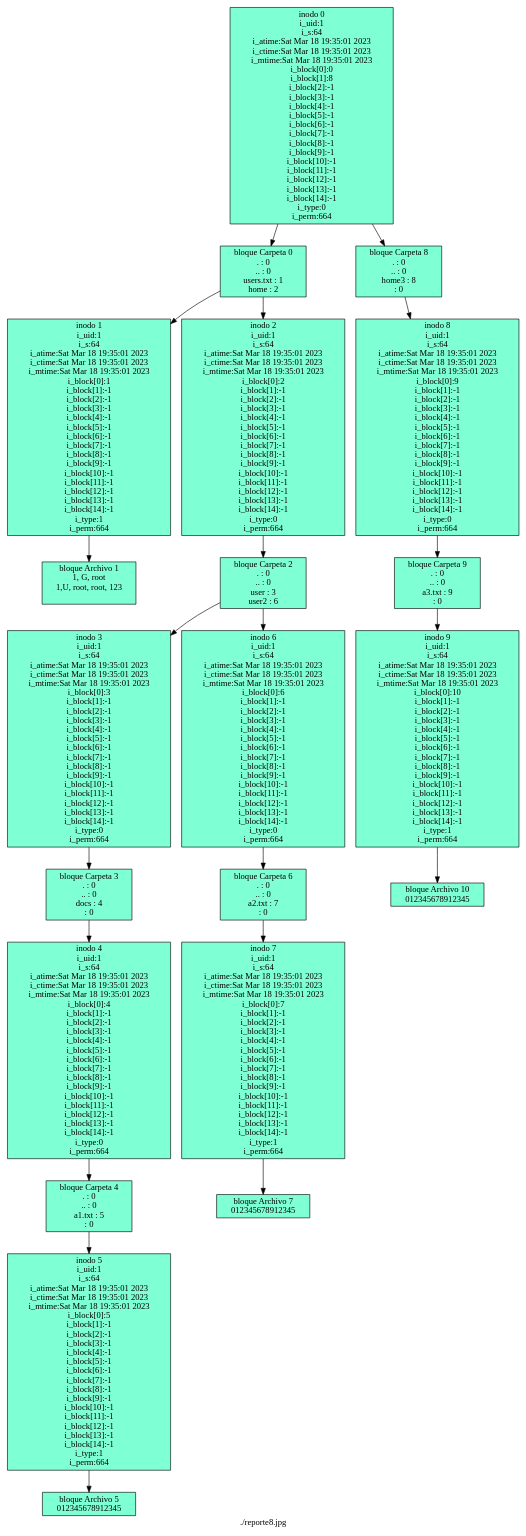
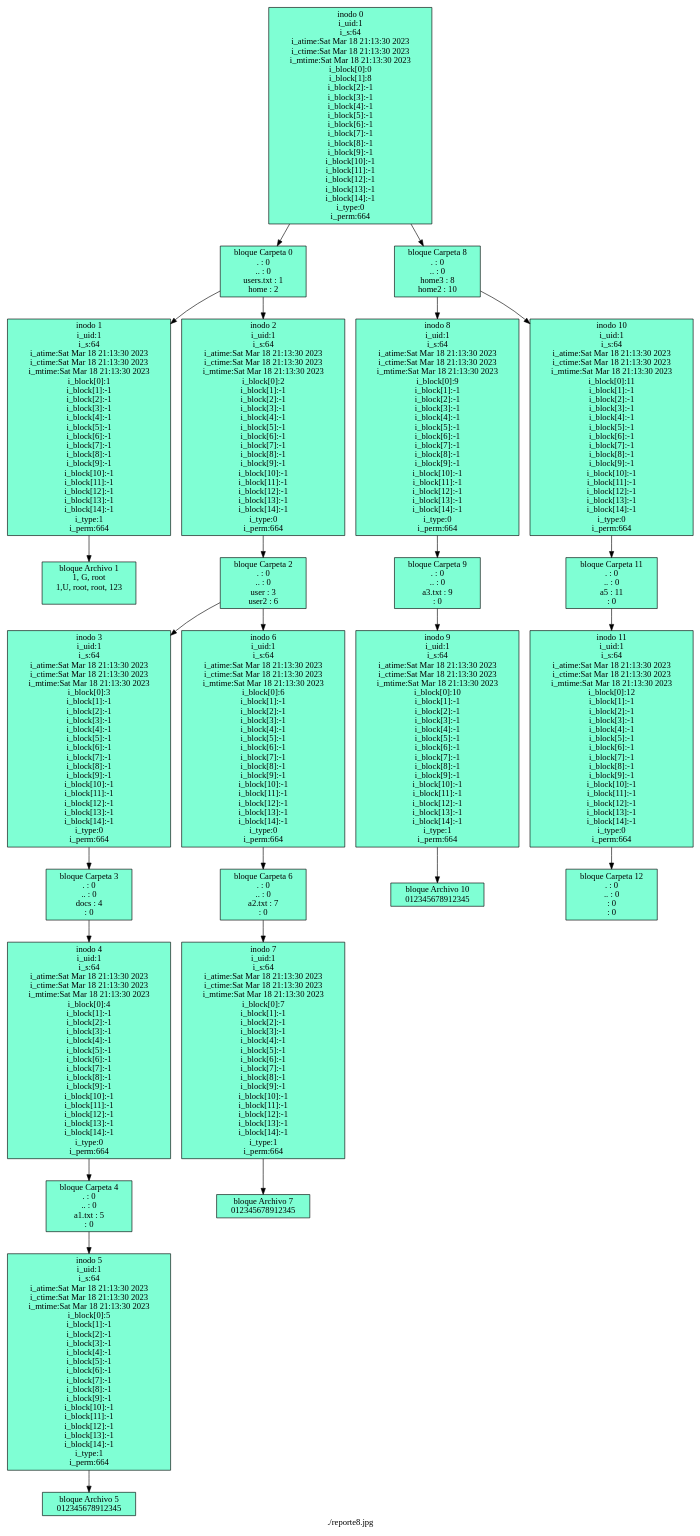
The diagram in Reportree.dot (JoseMore99/-MIA-Proyecto1_201701015), drawn with Graphviz before and after one commit. The commit also changed 20 other files, not shown here.

```diff
--- a/Reportree.dot
+++ b/Reportree.dot
@@ -1,87 +1,103 @@
 digraph G {
  label="./reporte8.jpg"
 node [shape=box fillcolor="aquamarine" style="filled"]
-nodeI0[label="inodo 0\ni_uid:1\ni_s:64\ni_atime:Sat Mar 18 19:35:01 2023
-i_ctime:Sat Mar 18 19:35:01 2023
-i_mtime:Sat Mar 18 19:35:01 2023
+nodeI0[label="inodo 0\ni_uid:1\ni_s:64\ni_atime:Sat Mar 18 21:13:30 2023
+i_ctime:Sat Mar 18 21:13:30 2023
+i_mtime:Sat Mar 18 21:13:30 2023
 i_block[0]:0\ni_block[1]:8\ni_block[2]:-1\ni_block[3]:-1\ni_block[4]:-1\ni_block[5]:-1\ni_block[6]:-1\ni_block[7]:-1\ni_block[8]:-1\ni_block[9]:-1\ni_block[10]:-1\ni_block[11]:-1\ni_block[12]:-1\ni_block[13]:-1\ni_block[14]:-1\ni_type:0\ni_perm:664"];
 nodeI0-> nodeB0
 nodeI0-> nodeB8
 nodeB0[label="bloque Carpeta 0\n. : 0\n.. : 0\nusers.txt : 1\nhome : 2\n"];
 nodeB0-> nodeI1;
 nodeB0-> nodeI2;
-nodeB8[label="bloque Carpeta 8\n. : 0\n.. : 0\nhome3 : 8\n : 0\n"];
+nodeB8[label="bloque Carpeta 8\n. : 0\n.. : 0\nhome3 : 8\nhome2 : 10\n"];
 nodeB8-> nodeI8;
+nodeB8-> nodeI10;
 
-nodeI1[label="inodo 1\ni_uid:1\ni_s:64\ni_atime:Sat Mar 18 19:35:01 2023
-i_ctime:Sat Mar 18 19:35:01 2023
-i_mtime:Sat Mar 18 19:35:01 2023
+nodeI1[label="inodo 1\ni_uid:1\ni_s:64\ni_atime:Sat Mar 18 21:13:30 2023
+i_ctime:Sat Mar 18 21:13:30 2023
+i_mtime:Sat Mar 18 21:13:30 2023
 i_block[0]:1\ni_block[1]:-1\ni_block[2]:-1\ni_block[3]:-1\ni_block[4]:-1\ni_block[5]:-1\ni_block[6]:-1\ni_block[7]:-1\ni_block[8]:-1\ni_block[9]:-1\ni_block[10]:-1\ni_block[11]:-1\ni_block[12]:-1\ni_block[13]:-1\ni_block[14]:-1\ni_type:1\ni_perm:664"];
 nodeI1-> nodeB1
 nodeB1[label="bloque Archivo 1\n1, G, root
 1,U, root, root, 123
 \n"];
 
-nodeI2[label="inodo 2\ni_uid:1\ni_s:64\ni_atime:Sat Mar 18 19:35:01 2023
-i_ctime:Sat Mar 18 19:35:01 2023
-i_mtime:Sat Mar 18 19:35:01 2023
+nodeI2[label="inodo 2\ni_uid:1\ni_s:64\ni_atime:Sat Mar 18 21:13:30 2023
+i_ctime:Sat Mar 18 21:13:30 2023
+i_mtime:Sat Mar 18 21:13:30 2023
 i_block[0]:2\ni_block[1]:-1\ni_block[2]:-1\ni_block[3]:-1\ni_block[4]:-1\ni_block[5]:-1\ni_block[6]:-1\ni_block[7]:-1\ni_block[8]:-1\ni_block[9]:-1\ni_block[10]:-1\ni_block[11]:-1\ni_block[12]:-1\ni_block[13]:-1\ni_block[14]:-1\ni_type:0\ni_perm:664"];
 nodeI2-> nodeB2
 nodeB2[label="bloque Carpeta 2\n. : 0\n.. : 0\nuser : 3\nuser2 : 6\n"];
 nodeB2-> nodeI3;
 nodeB2-> nodeI6;
 
-nodeI3[label="inodo 3\ni_uid:1\ni_s:64\ni_atime:Sat Mar 18 19:35:01 2023
-i_ctime:Sat Mar 18 19:35:01 2023
-i_mtime:Sat Mar 18 19:35:01 2023
+nodeI3[label="inodo 3\ni_uid:1\ni_s:64\ni_atime:Sat Mar 18 21:13:30 2023
+i_ctime:Sat Mar 18 21:13:30 2023
+i_mtime:Sat Mar 18 21:13:30 2023
 i_block[0]:3\ni_block[1]:-1\ni_block[2]:-1\ni_block[3]:-1\ni_block[4]:-1\ni_block[5]:-1\ni_block[6]:-1\ni_block[7]:-1\ni_block[8]:-1\ni_block[9]:-1\ni_block[10]:-1\ni_block[11]:-1\ni_block[12]:-1\ni_block[13]:-1\ni_block[14]:-1\ni_type:0\ni_perm:664"];
 nodeI3-> nodeB3
 nodeB3[label="bloque Carpeta 3\n. : 0\n.. : 0\ndocs : 4\n : 0\n"];
 nodeB3-> nodeI4;
 
-nodeI4[label="inodo 4\ni_uid:1\ni_s:64\ni_atime:Sat Mar 18 19:35:01 2023
-i_ctime:Sat Mar 18 19:35:01 2023
-i_mtime:Sat Mar 18 19:35:01 2023
+nodeI4[label="inodo 4\ni_uid:1\ni_s:64\ni_atime:Sat Mar 18 21:13:30 2023
+i_ctime:Sat Mar 18 21:13:30 2023
+i_mtime:Sat Mar 18 21:13:30 2023
 i_block[0]:4\ni_block[1]:-1\ni_block[2]:-1\ni_block[3]:-1\ni_block[4]:-1\ni_block[5]:-1\ni_block[6]:-1\ni_block[7]:-1\ni_block[8]:-1\ni_block[9]:-1\ni_block[10]:-1\ni_block[11]:-1\ni_block[12]:-1\ni_block[13]:-1\ni_block[14]:-1\ni_type:0\ni_perm:664"];
 nodeI4-> nodeB4
 nodeB4[label="bloque Carpeta 4\n. : 0\n.. : 0\na1.txt : 5\n : 0\n"];
 nodeB4-> nodeI5;
 
-nodeI5[label="inodo 5\ni_uid:1\ni_s:64\ni_atime:Sat Mar 18 19:35:01 2023
-i_ctime:Sat Mar 18 19:35:01 2023
-i_mtime:Sat Mar 18 19:35:01 2023
+nodeI5[label="inodo 5\ni_uid:1\ni_s:64\ni_atime:Sat Mar 18 21:13:30 2023
+i_ctime:Sat Mar 18 21:13:30 2023
+i_mtime:Sat Mar 18 21:13:30 2023
 i_block[0]:5\ni_block[1]:-1\ni_block[2]:-1\ni_block[3]:-1\ni_block[4]:-1\ni_block[5]:-1\ni_block[6]:-1\ni_block[7]:-1\ni_block[8]:-1\ni_block[9]:-1\ni_block[10]:-1\ni_block[11]:-1\ni_block[12]:-1\ni_block[13]:-1\ni_block[14]:-1\ni_type:1\ni_perm:664"];
 nodeI5-> nodeB5
 nodeB5[label="bloque Archivo 5\n012345678912345\n"];
 
-nodeI6[label="inodo 6\ni_uid:1\ni_s:64\ni_atime:Sat Mar 18 19:35:01 2023
-i_ctime:Sat Mar 18 19:35:01 2023
-i_mtime:Sat Mar 18 19:35:01 2023
+nodeI6[label="inodo 6\ni_uid:1\ni_s:64\ni_atime:Sat Mar 18 21:13:30 2023
+i_ctime:Sat Mar 18 21:13:30 2023
+i_mtime:Sat Mar 18 21:13:30 2023
 i_block[0]:6\ni_block[1]:-1\ni_block[2]:-1\ni_block[3]:-1\ni_block[4]:-1\ni_block[5]:-1\ni_block[6]:-1\ni_block[7]:-1\ni_block[8]:-1\ni_block[9]:-1\ni_block[10]:-1\ni_block[11]:-1\ni_block[12]:-1\ni_block[13]:-1\ni_block[14]:-1\ni_type:0\ni_perm:664"];
 nodeI6-> nodeB6
 nodeB6[label="bloque Carpeta 6\n. : 0\n.. : 0\na2.txt : 7\n : 0\n"];
 nodeB6-> nodeI7;
 
-nodeI7[label="inodo 7\ni_uid:1\ni_s:64\ni_atime:Sat Mar 18 19:35:01 2023
-i_ctime:Sat Mar 18 19:35:01 2023
-i_mtime:Sat Mar 18 19:35:01 2023
+nodeI7[label="inodo 7\ni_uid:1\ni_s:64\ni_atime:Sat Mar 18 21:13:30 2023
+i_ctime:Sat Mar 18 21:13:30 2023
+i_mtime:Sat Mar 18 21:13:30 2023
 i_block[0]:7\ni_block[1]:-1\ni_block[2]:-1\ni_block[3]:-1\ni_block[4]:-1\ni_block[5]:-1\ni_block[6]:-1\ni_block[7]:-1\ni_block[8]:-1\ni_block[9]:-1\ni_block[10]:-1\ni_block[11]:-1\ni_block[12]:-1\ni_block[13]:-1\ni_block[14]:-1\ni_type:1\ni_perm:664"];
 nodeI7-> nodeB7
 nodeB7[label="bloque Archivo 7\n012345678912345\n"];
 
-nodeI8[label="inodo 8\ni_uid:1\ni_s:64\ni_atime:Sat Mar 18 19:35:01 2023
-i_ctime:Sat Mar 18 19:35:01 2023
-i_mtime:Sat Mar 18 19:35:01 2023
+nodeI8[label="inodo 8\ni_uid:1\ni_s:64\ni_atime:Sat Mar 18 21:13:30 2023
+i_ctime:Sat Mar 18 21:13:30 2023
+i_mtime:Sat Mar 18 21:13:30 2023
 i_block[0]:9\ni_block[1]:-1\ni_block[2]:-1\ni_block[3]:-1\ni_block[4]:-1\ni_block[5]:-1\ni_block[6]:-1\ni_block[7]:-1\ni_block[8]:-1\ni_block[9]:-1\ni_block[10]:-1\ni_block[11]:-1\ni_block[12]:-1\ni_block[13]:-1\ni_block[14]:-1\ni_type:0\ni_perm:664"];
 nodeI8-> nodeB9
 nodeB9[label="bloque Carpeta 9\n. : 0\n.. : 0\na3.txt : 9\n : 0\n"];
 nodeB9-> nodeI9;
 
-nodeI9[label="inodo 9\ni_uid:1\ni_s:64\ni_atime:Sat Mar 18 19:35:01 2023
-i_ctime:Sat Mar 18 19:35:01 2023
-i_mtime:Sat Mar 18 19:35:01 2023
+nodeI9[label="inodo 9\ni_uid:1\ni_s:64\ni_atime:Sat Mar 18 21:13:30 2023
+i_ctime:Sat Mar 18 21:13:30 2023
+i_mtime:Sat Mar 18 21:13:30 2023
 i_block[0]:10\ni_block[1]:-1\ni_block[2]:-1\ni_block[3]:-1\ni_block[4]:-1\ni_block[5]:-1\ni_block[6]:-1\ni_block[7]:-1\ni_block[8]:-1\ni_block[9]:-1\ni_block[10]:-1\ni_block[11]:-1\ni_block[12]:-1\ni_block[13]:-1\ni_block[14]:-1\ni_type:1\ni_perm:664"];
 nodeI9-> nodeB10
 nodeB10[label="bloque Archivo 10\n012345678912345\n"];
 
+nodeI10[label="inodo 10\ni_uid:1\ni_s:64\ni_atime:Sat Mar 18 21:13:30 2023
+i_ctime:Sat Mar 18 21:13:30 2023
+i_mtime:Sat Mar 18 21:13:30 2023
+i_block[0]:11\ni_block[1]:-1\ni_block[2]:-1\ni_block[3]:-1\ni_block[4]:-1\ni_block[5]:-1\ni_block[6]:-1\ni_block[7]:-1\ni_block[8]:-1\ni_block[9]:-1\ni_block[10]:-1\ni_block[11]:-1\ni_block[12]:-1\ni_block[13]:-1\ni_block[14]:-1\ni_type:0\ni_perm:664"];
+nodeI10-> nodeB11
+nodeB11[label="bloque Carpeta 11\n. : 0\n.. : 0\na5 : 11\n : 0\n"];
+nodeB11-> nodeI11;
+
+nodeI11[label="inodo 11\ni_uid:1\ni_s:64\ni_atime:Sat Mar 18 21:13:30 2023
+i_ctime:Sat Mar 18 21:13:30 2023
+i_mtime:Sat Mar 18 21:13:30 2023
+i_block[0]:12\ni_block[1]:-1\ni_block[2]:-1\ni_block[3]:-1\ni_block[4]:-1\ni_block[5]:-1\ni_block[6]:-1\ni_block[7]:-1\ni_block[8]:-1\ni_block[9]:-1\ni_block[10]:-1\ni_block[11]:-1\ni_block[12]:-1\ni_block[13]:-1\ni_block[14]:-1\ni_type:0\ni_perm:664"];
+nodeI11-> nodeB12
+nodeB12[label="bloque Carpeta 12\n. : 0\n.. : 0\n : 0\n : 0\n"];
+
 }
```
